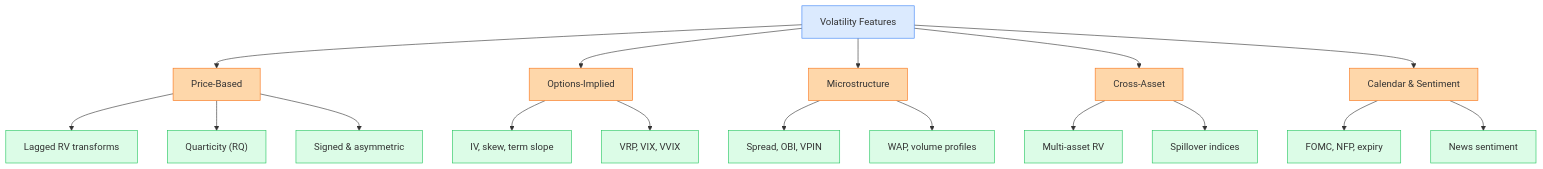
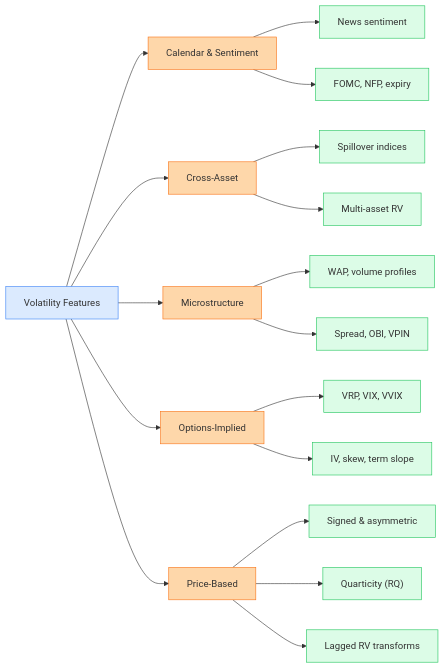
Before and after one commit to xRyann2255/ML-GS: the first of 2 diagrams in vol-learning-guide/markdown/ch10-feature-engineering.md, drawn with Mermaid. The commit also changed 10 other files, not shown here.

Commit message:
docs(vol-guide): regenerate markdown mirrors after diagram audit (ch10 taxonomy + ch03 decision-tree semantic; 9 re-layout refreshes)

````diff
--- a/vol-learning-guide/markdown/ch10-feature-engineering.md
+++ b/vol-learning-guide/markdown/ch10-feature-engineering.md
@@ -20,28 +20,28 @@
 ```mermaid
-flowchart TD
-    ROOT["Volatility Features"]:::blue --> PB["Price-Based"]:::orange
+flowchart LR
+    ROOT["Volatility Features"]:::blue --> CS["Calendar & Sentiment"]:::orange
+    ROOT --> CA["Cross-Asset"]:::orange
+    ROOT --> MS["Microstructure"]:::orange
     ROOT --> OI["Options-Implied"]:::orange
-    ROOT --> MS["Microstructure"]:::orange
-    ROOT --> CA["Cross-Asset"]:::orange
-    ROOT --> CS["Calendar & Sentiment"]:::orange
+    ROOT --> PB["Price-Based"]:::orange
 
-    PB --> PB1["Lagged RV transforms"]:::green
+    CS --> CS1["News sentiment"]:::green
+    CS --> CS2["FOMC, NFP, expiry"]:::green
+
+    CA --> CA1["Spillover indices"]:::green
+    CA --> CA2["Multi-asset RV"]:::green
+
+    MS --> MS1["WAP, volume profiles"]:::green
+    MS --> MS2["Spread, OBI, VPIN"]:::green
+
+    OI --> OI1["VRP, VIX, VVIX"]:::green
+    OI --> OI2["IV, skew, term slope"]:::green
+
+    PB --> PB1["Signed & asymmetric"]:::green
     PB --> PB2["Quarticity (RQ)"]:::green
-    PB --> PB3["Signed & asymmetric"]:::green
-
-    OI --> OI1["IV, skew, term slope"]:::green
-    OI --> OI2["VRP, VIX, VVIX"]:::green
-
-    MS --> MS1["Spread, OBI, VPIN"]:::green
-    MS --> MS2["WAP, volume profiles"]:::green
-
-    CA --> CA1["Multi-asset RV"]:::green
-    CA --> CA2["Spillover indices"]:::green
-
-    CS --> CS1["FOMC, NFP, expiry"]:::green
-    CS --> CS2["News sentiment"]:::green
+    PB --> PB3["Lagged RV transforms"]:::green
 
     classDef blue fill:#dbeafe,stroke:#3b82f6
     classDef orange fill:#fed7aa,stroke:#f97316
     classDef green fill:#dcfce7,stroke:#22c55e
 ```
````
